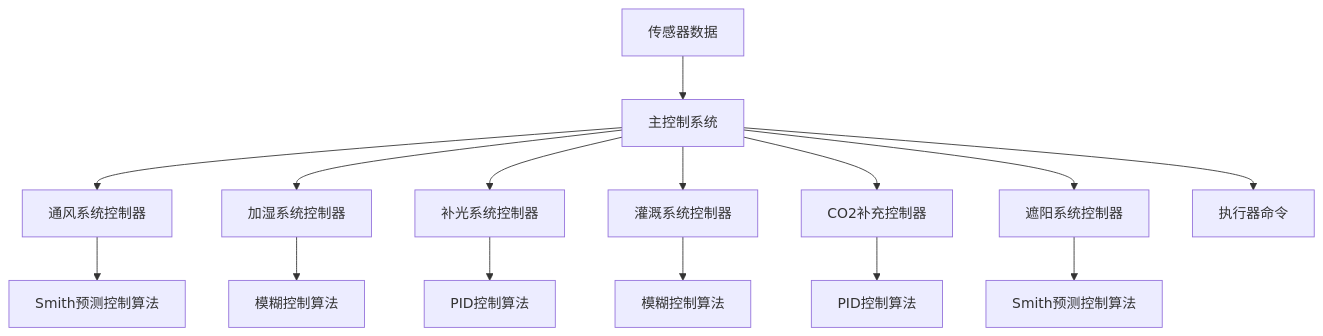
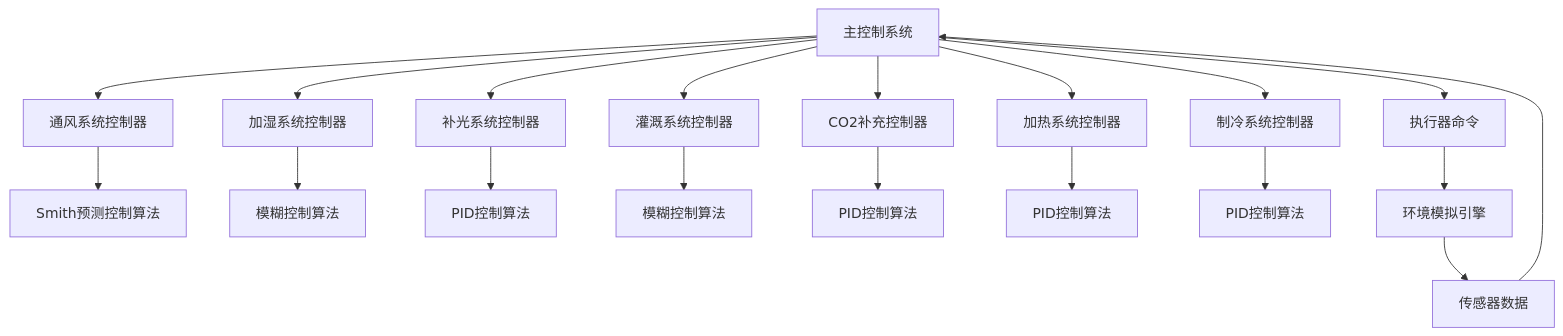
The first of 6 diagrams in docs/design/control-system-design.md (GrooveWJH/IntelliAgriculture), drawn with Mermaid before and after one commit. The commit also changed other lines of this file and 42 other files, not shown here.

````diff
--- a/docs/design/control-system-design.md
+++ b/docs/design/control-system-design.md
@@ -31,19 +34,23 @@
 ```mermaid
 graph TD
     A[主控制系统] --> B[通风系统控制器]
     A --> C[加湿系统控制器]
     A --> D[补光系统控制器]
     A --> E[灌溉系统控制器]
     A --> F[CO2补充控制器]
-    A --> G[遮阳系统控制器]
+    A --> G[加热系统控制器]
+    A --> H[制冷系统控制器]
     
     B --> B1[Smith预测控制算法]
     C --> C1[模糊控制算法]
     D --> D1[PID控制算法]
     E --> E1[模糊控制算法]
     F --> F1[PID控制算法]
-    G --> G1[Smith预测控制算法]
+    G --> G1[PID控制算法]
+    H --> H1[PID控制算法]
     
-    H[传感器数据] --> A
-    A --> I[执行器命令]
+    I[传感器数据] --> A
+    A --> J[执行器命令]
+    J --> K[环境模拟引擎]
+    K --> I
 ```
````
